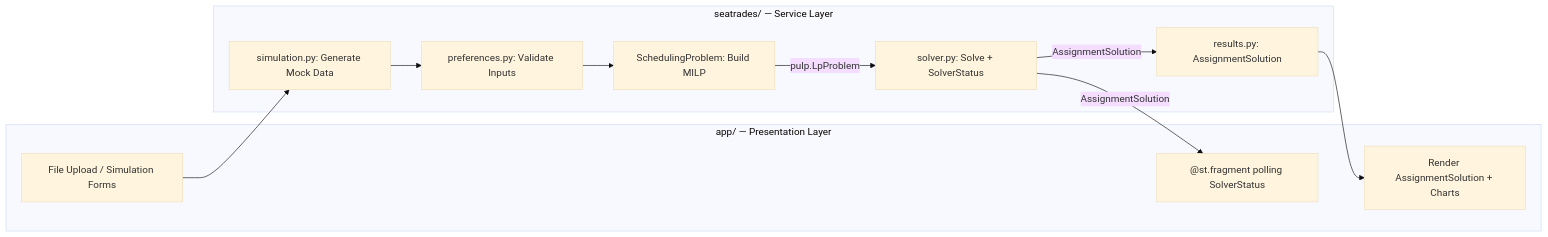
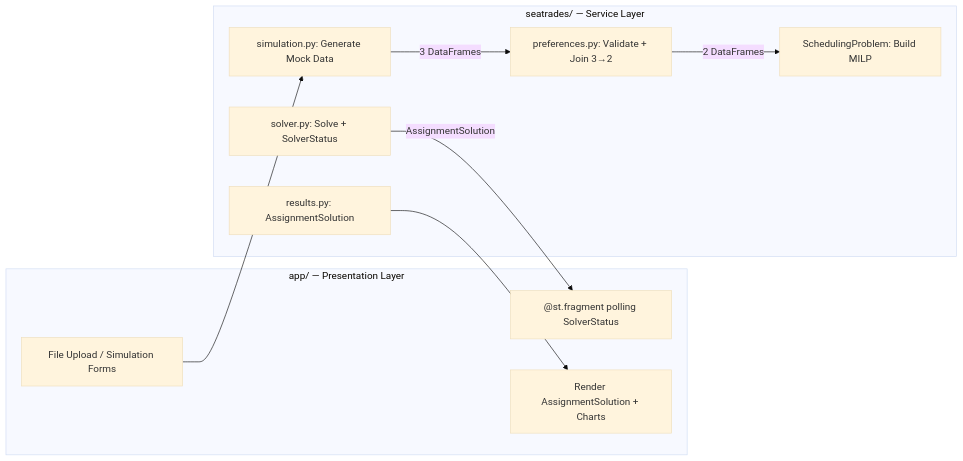
One commit to gavingro/seatrades changed the diagram in CONTEXT.md. Above: the diagram before and after it, drawn with Mermaid (base theme). The commit also changed other lines of this file and 35 other files, not shown here.

````diff
--- a/CONTEXT.md
+++ b/CONTEXT.md
@@ -77,24 +86,22 @@
 ```mermaid
 flowchart LR
     subgraph UI [app/ — Presentation Layer]
         Upload[File Upload / Simulation Forms]
         Fragment["@st.fragment polling SolverStatus"]
         Display[Render AssignmentSolution + Charts]
     end
 
     subgraph Service [seatrades/ — Service Layer]
         Sim[simulation.py: Generate Mock Data]
-        Val[preferences.py: Validate Inputs]
+        Val[preferences.py: Validate + Join 3→2]
         Prob[SchedulingProblem: Build MILP]
         Solve[solver.py: Solve + SolverStatus]
         Result[results.py: AssignmentSolution]
     end
 
     Upload --> Sim
-    Sim --> Val
-    Val --> Prob
-    Prob -->|pulp.LpProblem| Solve
-    Solve -->|AssignmentSolution| Result
+    Sim -->|3 DataFrames| Val
+    Val -->|2 DataFrames| Prob
     Solve -->|AssignmentSolution| Fragment
     Result --> Display
 ```
````
